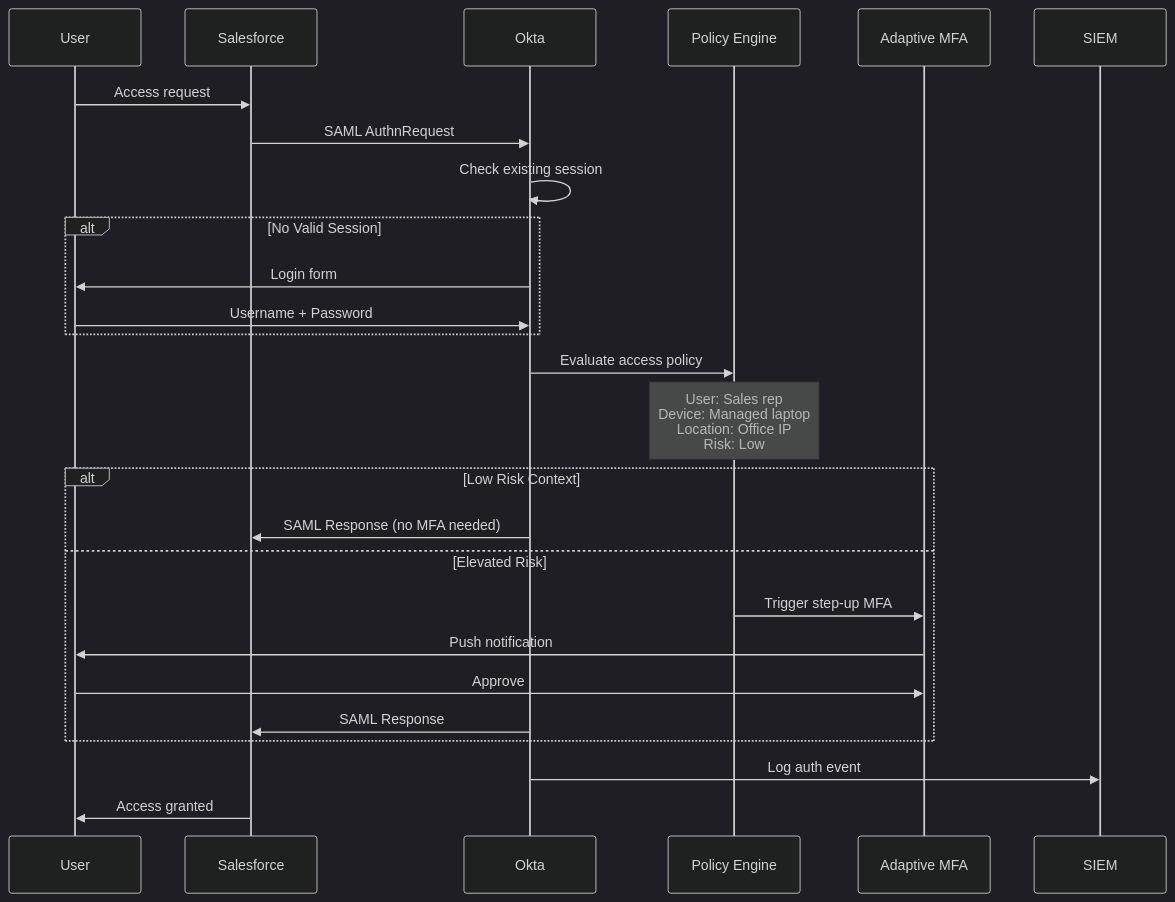
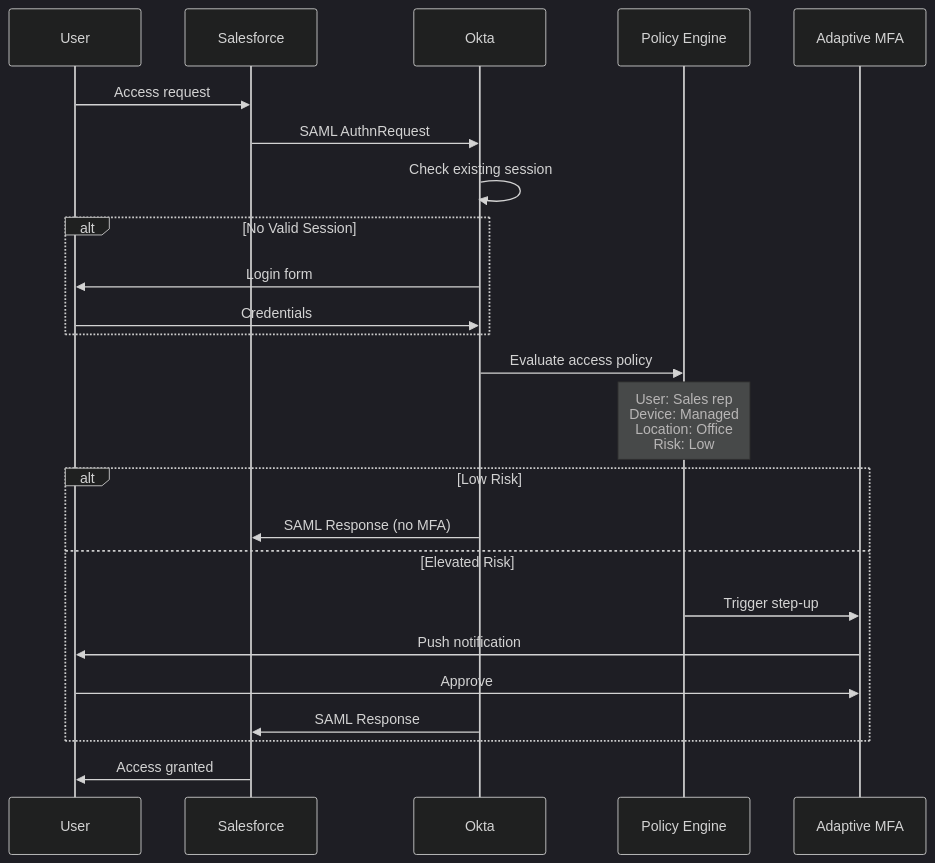
Before and after one commit to udaytamma/Cyrus: the tenth of 11 diagrams in gemini-responses/iam-okta.md, drawn with Mermaid (dark theme). The commit also changed other lines of this file and 8 other files, not shown here.

````diff
--- a/gemini-responses/iam-okta.md
+++ b/gemini-responses/iam-okta.md
@@ -584,33 +505,31 @@
 ```mermaid
 sequenceDiagram
     participant User as User
-    participant Salesforce as Salesforce
+    participant SF as Salesforce
     participant Okta as Okta
     participant Policy as Policy Engine
     participant MFA as Adaptive MFA
-    participant SIEM as SIEM
 
-    User->>Salesforce: Access request
-    Salesforce->>Okta: SAML AuthnRequest
+    User->>SF: Access request
+    SF->>Okta: SAML AuthnRequest
 
     Okta->>Okta: Check existing session
     alt No Valid Session
         Okta->>User: Login form
-        User->>Okta: Username + Password
+        User->>Okta: Credentials
     end
 
     Okta->>Policy: Evaluate access policy
-    Note over Policy: User: Sales rep<br/>Device: Managed laptop<br/>Location: Office IP<br/>Risk: Low
+    Note over Policy: User: Sales rep<br/>Device: Managed<br/>Location: Office<br/>Risk: Low
 
-    alt Low Risk Context
-        Okta->>Salesforce: SAML Response (no MFA needed)
+    alt Low Risk
+        Okta->>SF: SAML Response (no MFA)
     else Elevated Risk
-        Policy->>MFA: Trigger step-up MFA
+        Policy->>MFA: Trigger step-up
         MFA->>User: Push notification
         User->>MFA: Approve
-        Okta->>Salesforce: SAML Response
+        Okta->>SF: SAML Response
     end
 
-    Okta->>SIEM: Log auth event
-    Salesforce->>User: Access granted
+    SF->>User: Access granted
 ```
````
